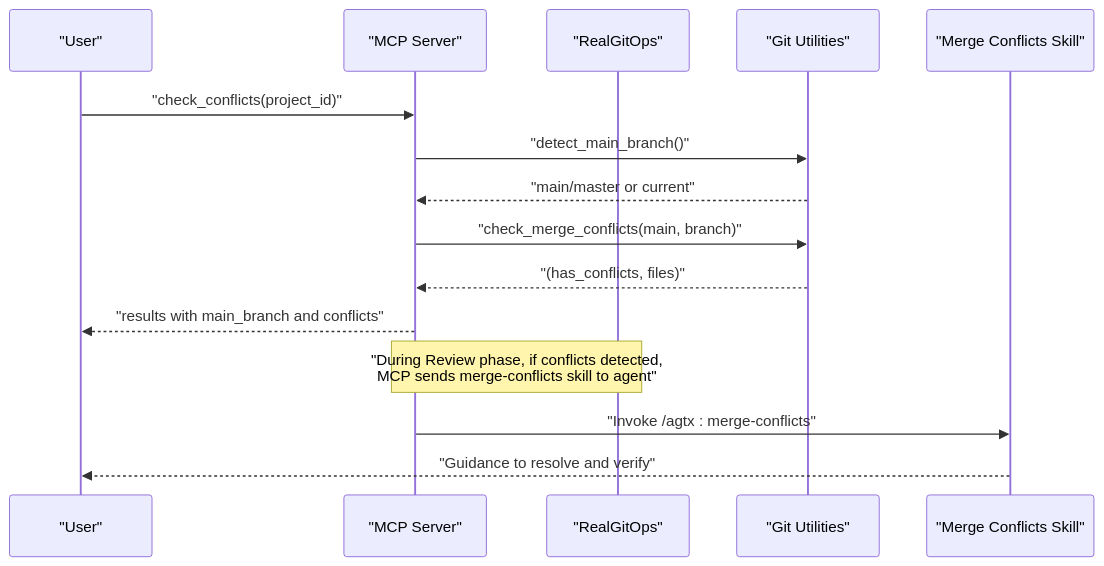
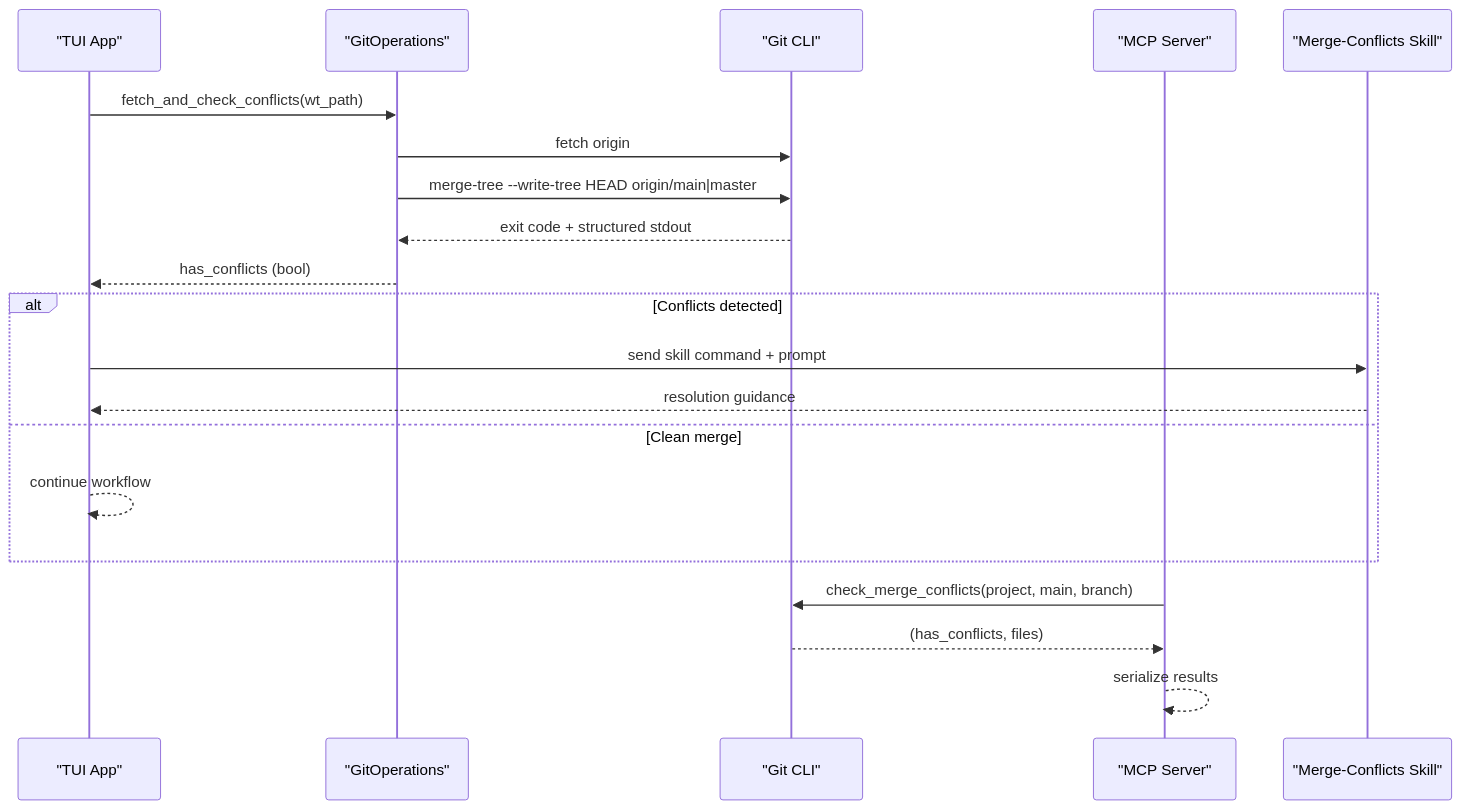
The second of 8 diagrams in .qoder/repowiki/en/content/Git Integration/Conflict Resolution.md (bramburn/agtx), drawn with Mermaid before and after one commit. The commit also changed other lines of this file and 140 other files, not shown here.

````diff
--- a/.qoder/repowiki/en/content/Git Integration/Conflict Resolution.md
+++ b/.qoder/repowiki/en/content/Git Integration/Conflict Resolution.md
@@ -98,17 +99,22 @@
 ```mermaid
 sequenceDiagram
-participant User as "User"
+participant TUI as "TUI App"
+participant GITOPS as "GitOperations"
+participant GIT as "Git CLI"
 participant MCP as "MCP Server"
-participant GitOps as "RealGitOps"
-participant GitUtil as "Git Utilities"
-participant Skill as "Merge Conflicts Skill"
-User->>MCP : "check_conflicts(project_id)"
-MCP->>GitUtil : "detect_main_branch()"
-GitUtil-->>MCP : "main/master or current"
-MCP->>GitUtil : "check_merge_conflicts(main, branch)"
-GitUtil-->>MCP : "(has_conflicts, files)"
-MCP-->>User : "results with main_branch and conflicts"
-Note over MCP,GitOps : "During Review phase, if conflicts detected,<br/>MCP sends merge-conflicts skill to agent"
-MCP->>Skill : "Invoke /agtx : merge-conflicts"
-Skill-->>User : "Guidance to resolve and verify"
+participant SK as "Merge-Conflicts Skill"
+TUI->>GITOPS : fetch_and_check_conflicts(wt_path)
+GITOPS->>GIT : fetch origin
+GITOPS->>GIT : merge-tree --write-tree HEAD origin/main|master
+GIT-->>GITOPS : exit code + structured stdout
+GITOPS-->>TUI : has_conflicts (bool)
+alt Conflicts detected
+TUI->>SK : send skill command + prompt
+SK-->>TUI : resolution guidance
+else Clean merge
+TUI-->>TUI : continue workflow
+end
+MCP->>GIT : check_merge_conflicts(project, main, branch)
+GIT-->>MCP : (has_conflicts, files)
+MCP-->>MCP : serialize results
 ```
````
